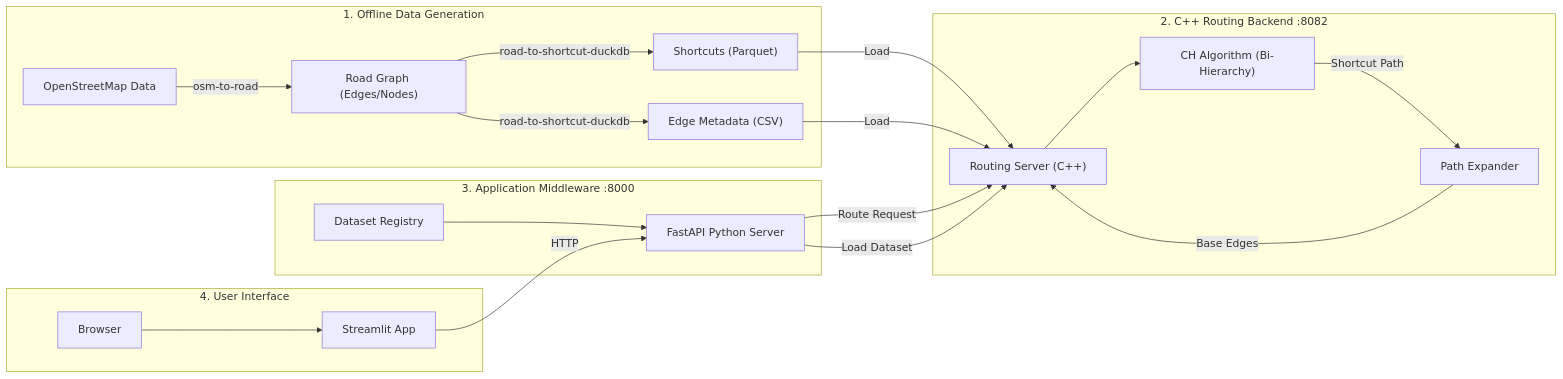
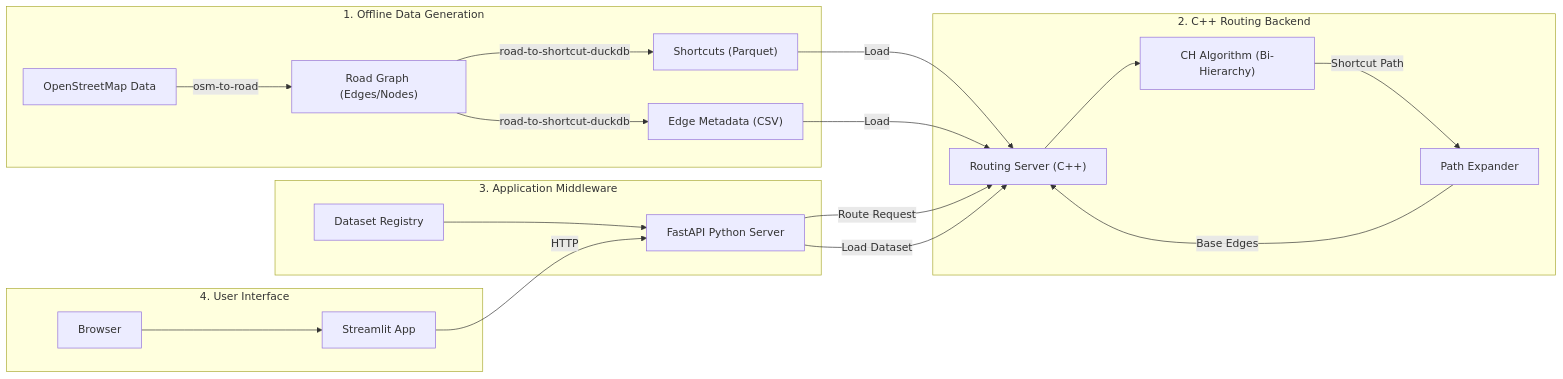
The diagram in docs/architecture_overview.md (Khoshkhah/h3-routing-platform), drawn with Mermaid before and after one commit. The commit also changed other lines of this file, not shown here.

Commit message:
docs: remove port numbers from architecture overview headers and diagrams

````diff
--- a/docs/architecture_overview.md
+++ b/docs/architecture_overview.md
@@ -11,38 +11,38 @@
 ```mermaid
 graph LR
     subgraph "1. Offline Data Generation"
         OSM[OpenStreetMap Data] -->|osm-to-road| Graph["Road Graph (Edges/Nodes)"]
         Graph -->|road-to-shortcut-duckdb| Shortcuts["Shortcuts (Parquet)"]
         Graph -->|road-to-shortcut-duckdb| Meta["Edge Metadata (CSV)"]
     end
 
-    subgraph "2. C++ Routing Backend :8082"
+    subgraph "2. C++ Routing Backend"
         ServerCPP["Routing Server (C++)"]
         Algorithm["CH Algorithm (Bi-Hierarchy)"]
         Expander[Path Expander]
         
         Shortcuts -->|Load| ServerCPP
         Meta -->|Load| ServerCPP
         
         ServerCPP --> Algorithm
         Algorithm -->|Shortcut Path| Expander
         Expander -->|Base Edges| ServerCPP
     end
 
-    subgraph "3. Application Middleware :8000"
+    subgraph "3. Application Middleware"
         API[FastAPI Python Server]
         Registry[Dataset Registry]
         
         API -->|Route Request| ServerCPP
         API -->|Load Dataset| ServerCPP
         Registry --> API
     end
 
     subgraph "4. User Interface"
         Streamlit[Streamlit App]
         User[Browser]
         
         User --> Streamlit
         Streamlit -->|HTTP| API
     end
 ```
````
